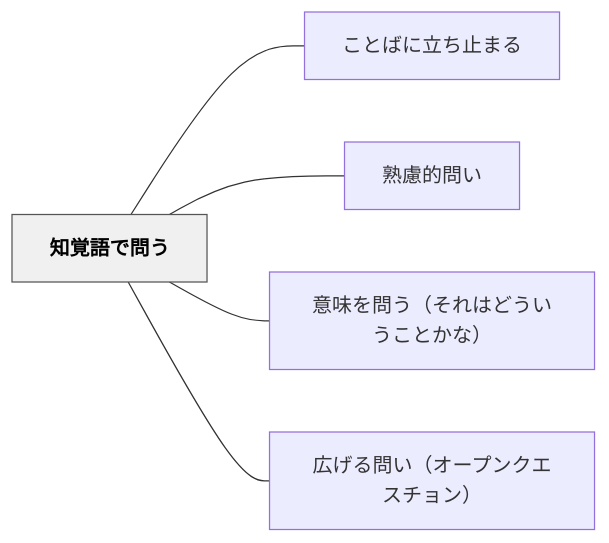
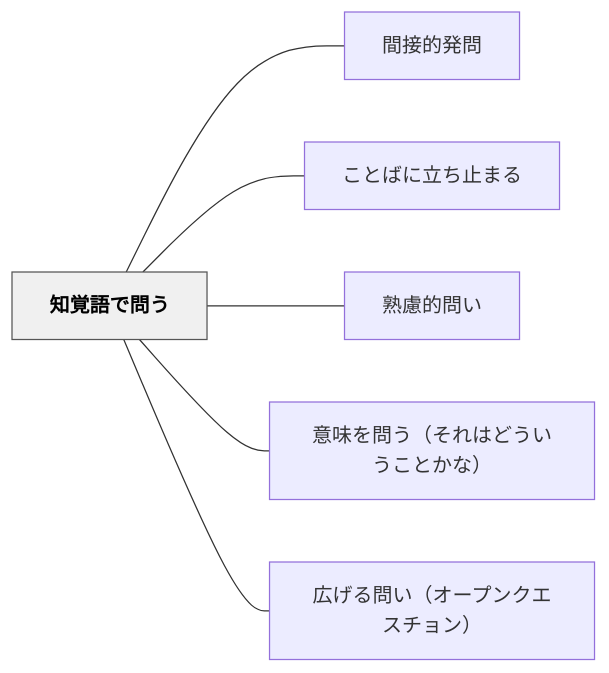
Before and after one commit to unknownthings-ed-patterns/unknownthings-ed-patterns: the diagram in content/パタン/知覚語で問う.md, drawn with Mermaid. The commit also changed other lines of this file and 19 other files, not shown here.

````diff
--- a/content/パタン/知覚語で問う.md
+++ b/content/パタン/知覚語で問う.md
@@ -41,16 +42,18 @@
 ```mermaid
 flowchart LR
     ne79fa5e8a69a["知覚語で問う"]
+    ne99693e68ea5["間接的発問"]
     ne38193e381a8["ことばに立ち止まる"]
     ne7869fe685ae["熟慮的問い"]
     ne6848fe591b3["意味を問う（それはどういうことかな）"]
     ne5ba83e38192["広げる問い（オープンクエスチョン）"]
 
+    ne79fa5e8a69a --- ne99693e68ea5
     ne79fa5e8a69a --- ne38193e381a8
     ne79fa5e8a69a --- ne7869fe685ae
     ne79fa5e8a69a --- ne6848fe591b3
     ne79fa5e8a69a --- ne5ba83e38192
 
     classDef hub fill:#f0f0f0,stroke:#555,color:#000,font-weight:bold
     class ne79fa5e8a69a hub
 ```
````
